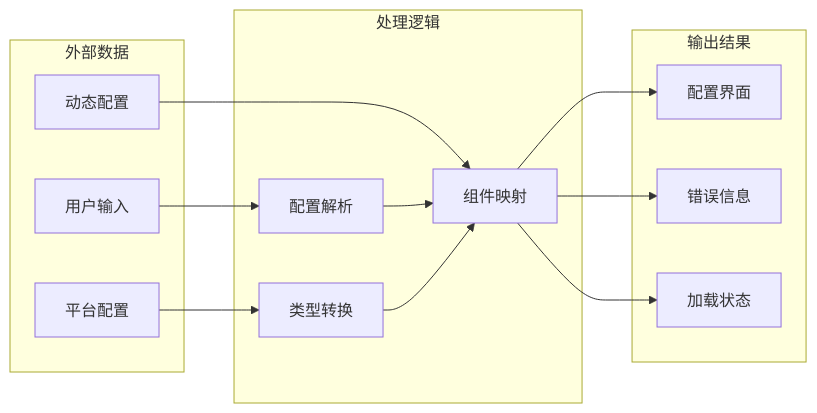
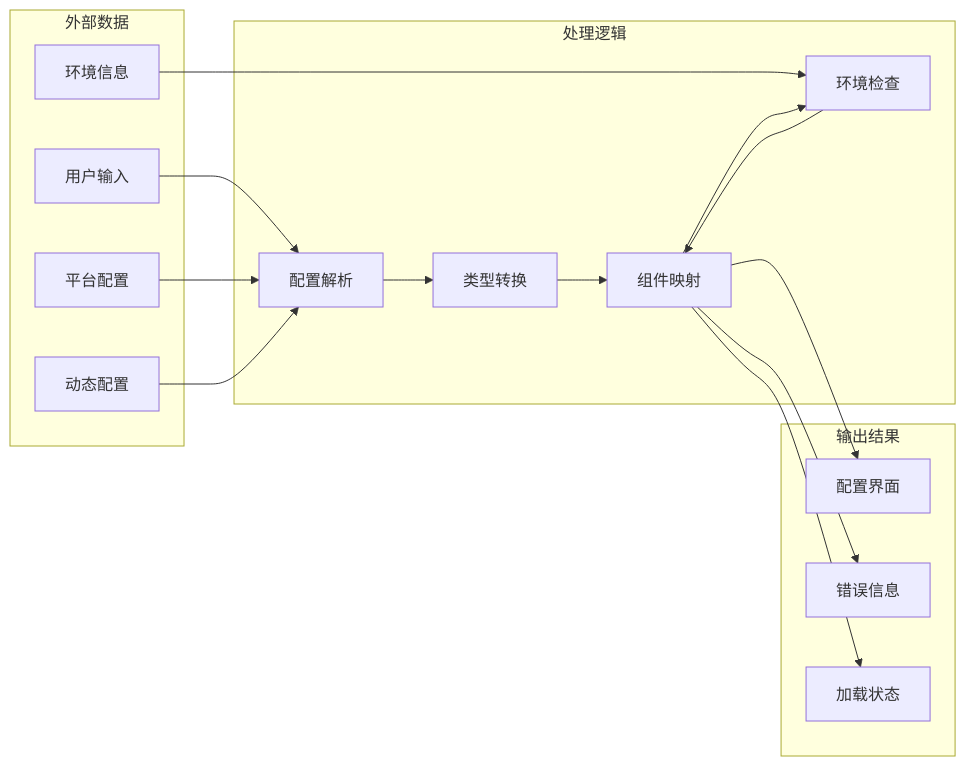
One commit to terwer/siyuan-plugin-publisher changed the seventh of 7 diagrams in .qoder/repowiki/zh/content/V2 平台配置桥组件.md. Above: the diagram before and after it, drawn with Mermaid. The commit also changed other lines of this file and 49 other files, not shown here.

````diff
--- a/.qoder/repowiki/zh/content/V2 平台配置桥组件.md
+++ b/.qoder/repowiki/zh/content/V2 平台配置桥组件.md
@@ -348,26 +396,31 @@
 ```mermaid
 flowchart LR
 subgraph "外部数据"
 A[用户输入]
 B[平台配置]
 C[动态配置]
+D[环境信息]
 end
 subgraph "处理逻辑"
-D[配置解析]
-E[类型转换]
-F[组件映射]
+E[配置解析]
+F[类型转换]
+G[组件映射]
+H[环境检查]
 end
 subgraph "输出结果"
-G[配置界面]
-H[错误信息]
-I[加载状态]
+I[配置界面]
+J[错误信息]
+K[加载状态]
 end
-A --> D
+A --> E
 B --> E
-C --> F
-D --> F
+C --> E
+D --> H
 E --> F
 F --> G
-F --> H
-F --> I
+G --> H
+H --> G
+G --> I
+G --> J
+G --> K
 ```
````
